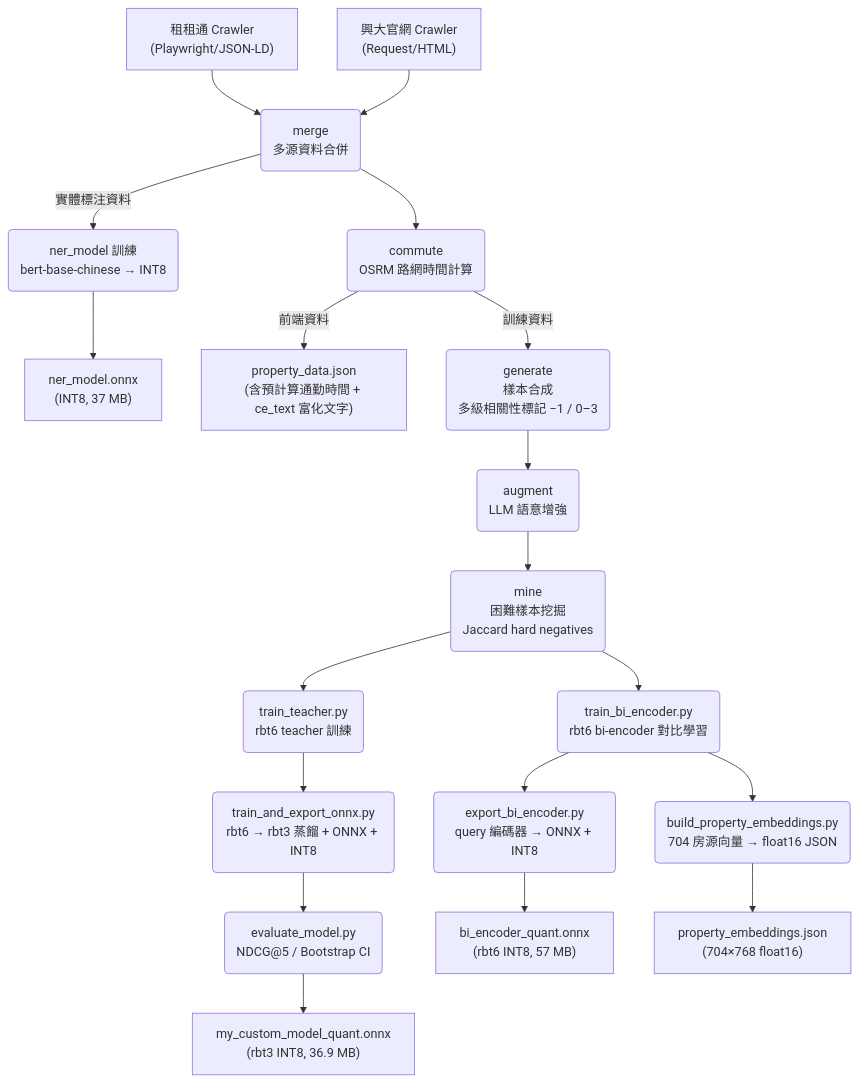
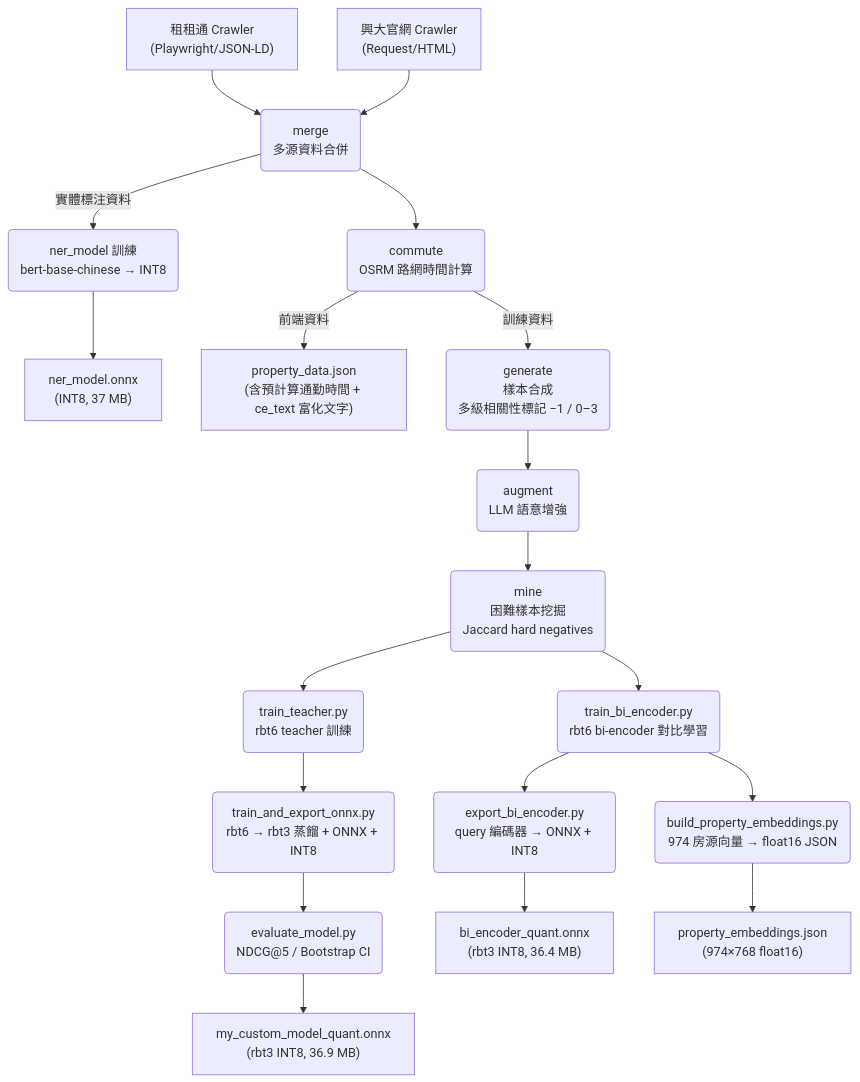
The first of 2 diagrams in README.md (eric20041027/nchu-edge-rental-ai), drawn with Mermaid before and after one commit. The commit also changed other lines of this file and 11 other files, not shown here.

````diff
--- a/README.md
+++ b/README.md
@@ -38,21 +38,21 @@
 ```mermaid
 graph TD
     A1["租租通 Crawler\n(Playwright/JSON-LD)"] --> B("merge\n多源資料合併")
     A2["興大官網 Crawler\n(Request/HTML)"] --> B
     B -->|"實體標注資料"| NER_T("ner_model 訓練\nbert-base-chinese → INT8")
     NER_T --> NER_M["ner_model.onnx\n(INT8, 37 MB)"]
     B --> C("commute\nOSRM 路網時間計算")
     C -->|"前端資料"| J["property_data.json\n(含預計算通勤時間 + ce_text 富化文字)"]
     C -->|"訓練資料"| D("generate\n樣本合成\n多級相關性標記 −1 / 0–3")
     D --> E("augment\nLLM 語意增強")
     E --> F("mine\n困難樣本挖掘\nJaccard hard negatives")
     F --> G1("train_teacher.py\nrbt6 teacher 訓練")
     G1 --> G2("train_and_export_onnx.py\nrbt6 → rbt3 蒸餾 + ONNX + INT8")
     G2 --> EVAL("evaluate_model.py\nNDCG@5 / Bootstrap CI")
     EVAL --> H["my_custom_model_quant.onnx\n(rbt3 INT8, 36.9 MB)"]
     F --> BE1("train_bi_encoder.py\nrbt6 bi-encoder 對比學習")
     BE1 --> BE2("export_bi_encoder.py\nquery 編碼器 → ONNX + INT8")
-    BE1 --> BE3("build_property_embeddings.py\n704 房源向量 → float16 JSON")
-    BE2 --> BE_M["bi_encoder_quant.onnx\n(rbt6 INT8, 57 MB)"]
-    BE3 --> EMB["property_embeddings.json\n(704×768 float16)"]
+    BE1 --> BE3("build_property_embeddings.py\n974 房源向量 → float16 JSON")
+    BE2 --> BE_M["bi_encoder_quant.onnx\n(rbt3 INT8, 36.4 MB)"]
+    BE3 --> EMB["property_embeddings.json\n(974×768 float16)"]
 ```
````
